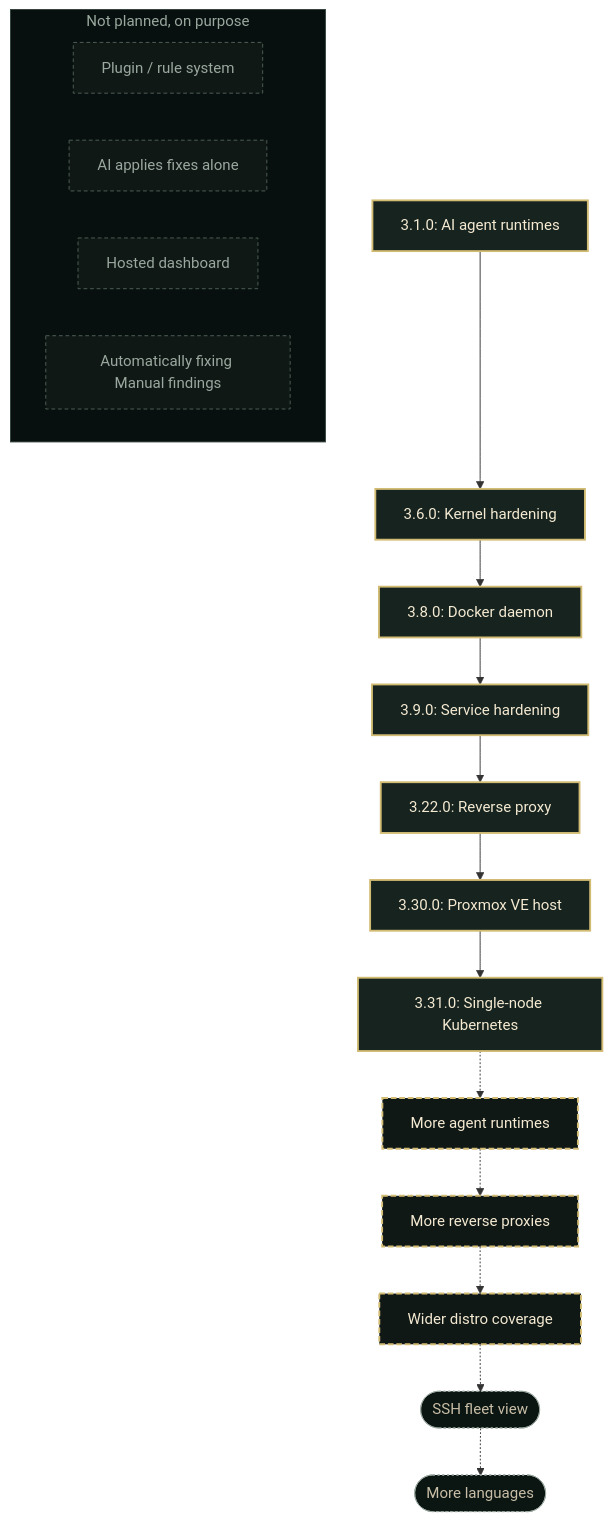
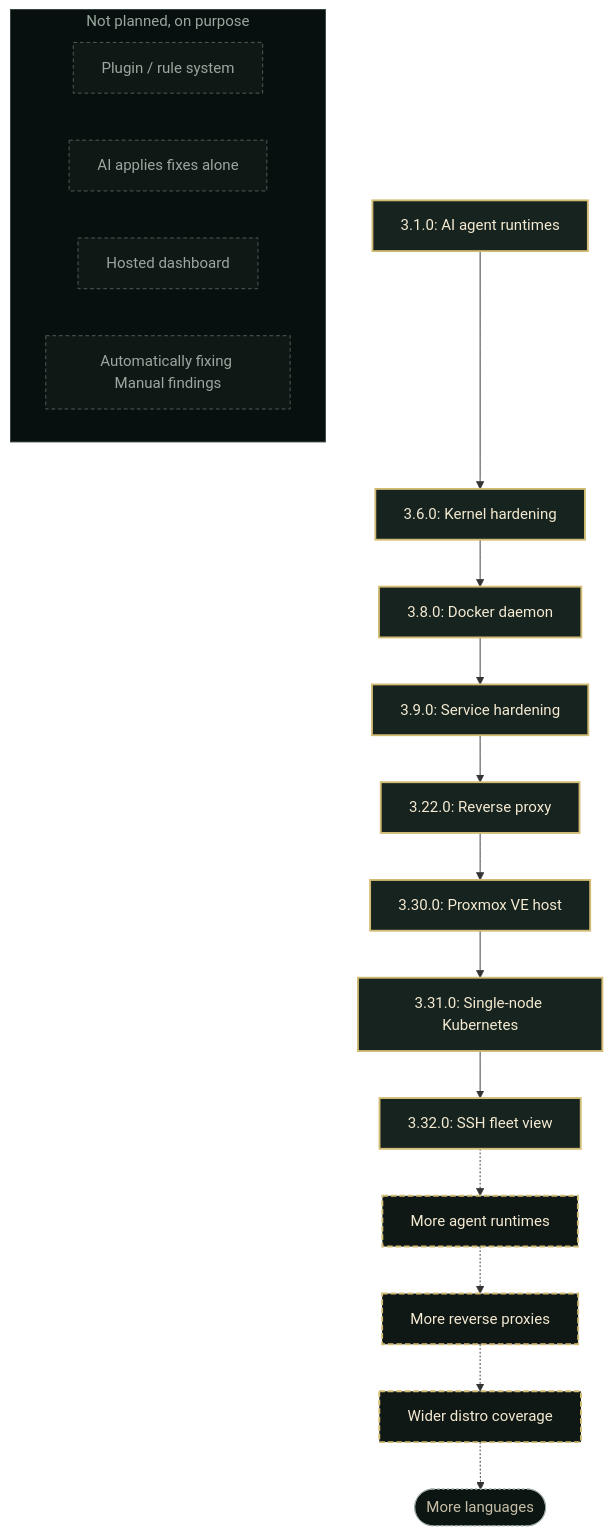
One commit to seolcu/hostveil changed the diagram in README.md. Above: the diagram before and after it, drawn with Mermaid. The commit also changed 9 other files, not shown here.

````diff
--- a/README.md
+++ b/README.md
@@ -376,33 +376,33 @@
 ```mermaid
 graph TD
     v1["3.1.0: AI agent runtimes"] --> v2["3.6.0: Kernel hardening"]
     v2 --> v3["3.8.0: Docker daemon"]
     v3 --> v4["3.9.0: Service hardening"]
     v4 --> v5["3.22.0: Reverse proxy"]
     v5 --> v6["3.30.0: Proxmox VE host"]
     v6 --> v7["3.31.0: Single-node Kubernetes"]
-    v7 -.-> n1["More agent runtimes"]
+    v7 --> v8["3.32.0: SSH fleet view"]
+    v8 -.-> n1["More agent runtimes"]
     n1 -.-> n2["More reverse proxies"]
     n2 -.-> n3["Wider distro coverage"]
-    n3 -.-> e3(["SSH fleet view"])
-    e3 -.-> e4(["More languages"])
+    n3 -.-> e4(["More languages"])
 
     subgraph np["Not planned, on purpose"]
         x1["Plugin / rule system"]
         x2["AI applies fixes alone"]
         x3["Hosted dashboard"]
         x4["Automatically fixing Manual findings"]
     end
 
     classDef shipped fill:#16231f,stroke:#d2bc74,stroke-width:2px,color:#f5ead2
     classDef next fill:#101816,stroke:#d2bc74,stroke-width:2px,stroke-dasharray:6 3,color:#f5ead2
     classDef exploring fill:#0b1512,stroke:#9aa89f,stroke-width:1px,stroke-dasharray:2 3,color:#c8bea7
     classDef notplanned fill:#101816,stroke:#516057,stroke-width:1px,stroke-dasharray:4 3,color:#9aa89f
     classDef npTitle fill:#07100f,stroke:#31413b,color:#9aa89f
 
-    class v1,v2,v3,v4,v5,v6,v7 shipped
+    class v1,v2,v3,v4,v5,v6,v7,v8 shipped
     class n1,n2,n3 next
-    class e3,e4 exploring
+    class e4 exploring
     class x1,x2,x3,x4 notplanned
     class np npTitle
 ```
````
